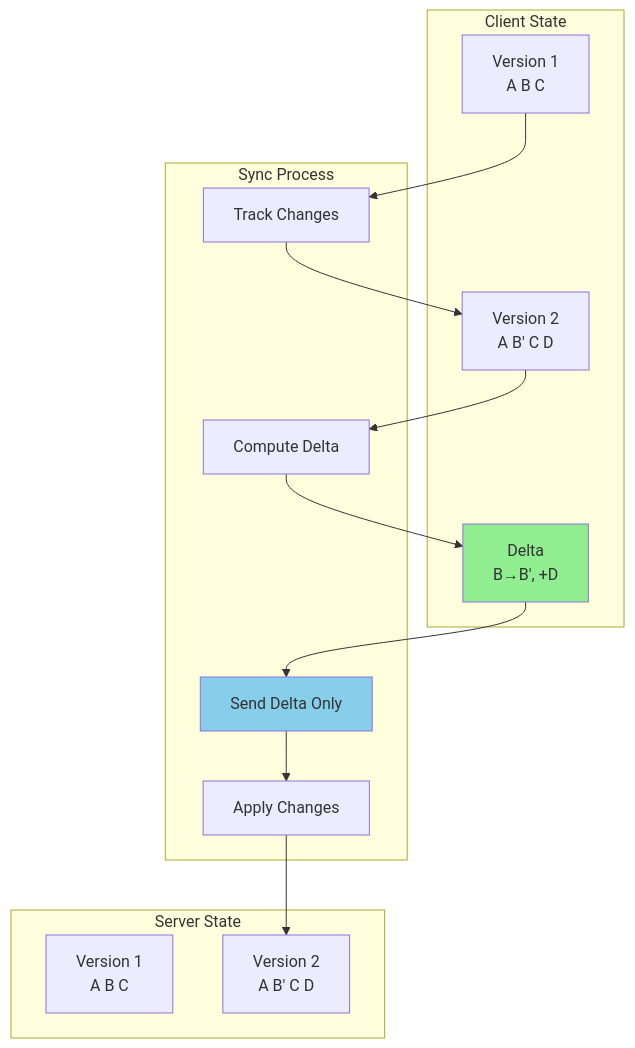
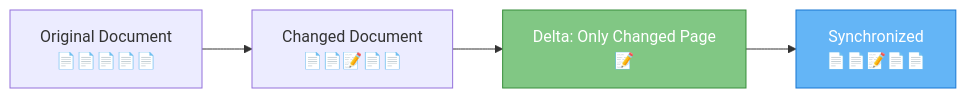
One commit to deepaucksharma/DStudio changed the first of 6 diagrams in docs/pattern-library/data-management/delta-sync.md. Above: the diagram before and after it, drawn with Mermaid. The commit also changed other lines of this file and 23 other files, not shown here.

````diff
--- a/docs/pattern-library/data-management/delta-sync.md
+++ b/docs/pattern-library/data-management/delta-sync.md
@@ -64,31 +83,9 @@
 ```mermaid
-graph TB
-    subgraph "Client State"
-        C1[Version 1<br/>A B C]
-        C2[Version 2<br/>A B' C D]
-        CD[Delta<br/>B→B', +D]
-    end
+graph LR
+    A[Original Document<br/>📄📄📄📄📄] --> B[Changed Document<br/>📄📄📝📄📄]
+    B --> C[Delta: Only Changed Page<br/>📝]
+    C --> D[Synchronized<br/>📄📄📝📄📄]
     
-    subgraph "Server State"
-        S1[Version 1<br/>A B C]
-        S2[Version 2<br/>A B' C D]
-    end
-    
-    subgraph "Sync Process"
-        Track[Track Changes]
-        Compute[Compute Delta]
-        Send[Send Delta Only]
-        Apply[Apply Changes]
-    end
-    
-    C1 --> Track
-    Track --> C2
-    C2 --> Compute
-    Compute --> CD
-    CD --> Send
-    Send --> Apply
-    Apply --> S2
-    
-    style CD fill:#90EE90
-    style Send fill:#87CEEB
+    style C fill:#81c784,stroke:#388e3c,color:#fff
+    style D fill:#64b5f6,stroke:#1976d2,color:#fff
 ```
````
